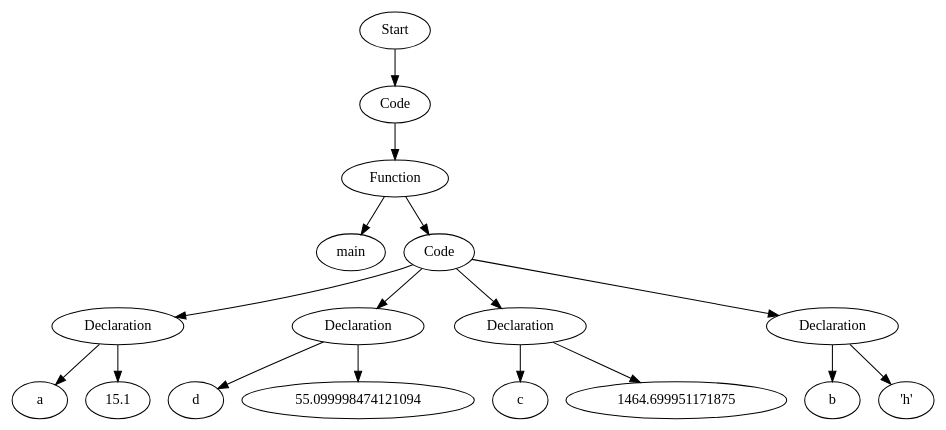
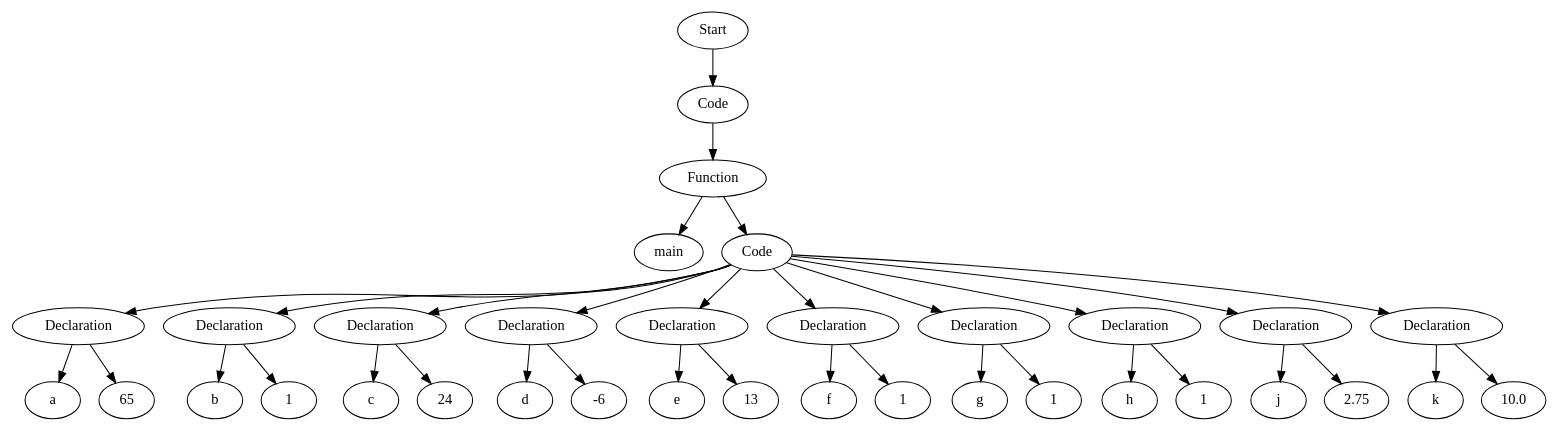
Before and after one commit to Are-you-listening/Compilers: the diagram in src/TestFiles/ASTTests/ConstantFoldingTests/CreateTests/read_file_after.dot, drawn with Graphviz. The commit also changed 18 other files, not shown here.

```diff
--- a/src/TestFiles/ASTTests/ConstantFoldingTests/CreateTests/read_file_after.dot
+++ b/src/TestFiles/ASTTests/ConstantFoldingTests/CreateTests/read_file_after.dot
@@ -1,35 +1,71 @@
 digraph AST {
-  "1595187320192" [label="Start"];
-  "1595187320192" -> "1595187321776";
-  "1595187321776" [label="Code"];
-  "1595187321776" -> "1595187321920";
-  "1595187321920" [label="Function"];
-  "1595187321920" -> "1595187322064";
-  "1595187321920" -> "1595187322112";
-  "1595187322064" [label="main"];
-  "1595187322112" [label="Code"];
-  "1595187322112" -> "1595187322256";
-  "1595187322112" -> "1595187322352";
-  "1595187322112" -> "1595187322544";
-  "1595187322112" -> "1595187322736";
-  "1595187322256" [label="Declaration"];
-  "1595187322256" -> "1595187322400";
-  "1595187322256" -> "1595187322448";
-  "1595187322400" [label="a"];
-  "1595187322448" [label="15.1"];
-  "1595187322352" [label="Declaration"];
-  "1595187322352" -> "1595187322592";
-  "1595187322352" -> "1595187322640";
-  "1595187322592" [label="d"];
-  "1595187322640" [label="55.099998474121094"];
-  "1595187322544" [label="Declaration"];
-  "1595187322544" -> "1595187322784";
-  "1595187322544" -> "1595187322832";
-  "1595187322784" [label="c"];
-  "1595187322832" [label="1464.699951171875"];
-  "1595187322736" [label="Declaration"];
-  "1595187322736" -> "1595187392672";
-  "1595187322736" -> "1595187392720";
-  "1595187392672" [label="b"];
-  "1595187392720" [label="'h'"];
+  "2791230642400" [label="Start"];
+  "2791230642400" -> "2791230634736";
+  "2791230634736" [label="Code"];
+  "2791230634736" -> "2791230634688";
+  "2791230634688" [label="Function"];
+  "2791230634688" -> "2791230634352";
+  "2791230634688" -> "2791230634400";
+  "2791230634352" [label="main"];
+  "2791230634400" [label="Code"];
+  "2791230634400" -> "2791230633968";
+  "2791230634400" -> "2791230633872";
+  "2791230634400" -> "2791230633584";
+  "2791230634400" -> "2791230632720";
+  "2791230634400" -> "2791230632480";
+  "2791230634400" -> "2791230632192";
+  "2791230634400" -> "2791230565440";
+  "2791230634400" -> "2791230563808";
+  "2791230634400" -> "2791230566256";
+  "2791230634400" -> "2791230565968";
+  "2791230633968" [label="Declaration"];
+  "2791230633968" -> "2791230633920";
+  "2791230633968" -> "2791230633680";
+  "2791230633920" [label="a"];
+  "2791230633680" [label="65"];
+  "2791230633872" [label="Declaration"];
+  "2791230633872" -> "2791230633632";
+  "2791230633872" -> "2791230633392";
+  "2791230633632" [label="b"];
+  "2791230633392" [label="1"];
+  "2791230633584" [label="Declaration"];
+  "2791230633584" -> "2791230632768";
+  "2791230633584" -> "2791230632576";
+  "2791230632768" [label="c"];
+  "2791230632576" [label="24"];
+  "2791230632720" [label="Declaration"];
+  "2791230632720" -> "2791230632528";
+  "2791230632720" -> "2791230632288";
+  "2791230632528" [label="d"];
+  "2791230632288" [label="-6"];
+  "2791230632480" [label="Declaration"];
+  "2791230632480" -> "2791230632240";
+  "2791230632480" -> "2791230632000";
+  "2791230632240" [label="e"];
+  "2791230632000" [label="13"];
+  "2791230632192" [label="Declaration"];
+  "2791230632192" -> "2791230565488";
+  "2791230632192" -> "2791230565536";
+  "2791230565488" [label="f"];
+  "2791230565536" [label="1"];
+  "2791230565440" [label="Declaration"];
+  "2791230565440" -> "2791230563856";
+  "2791230565440" -> "2791230562368";
+  "2791230563856" [label="g"];
+  "2791230562368" [label="1"];
+  "2791230563808" [label="Declaration"];
+  "2791230563808" -> "2791230566112";
+  "2791230563808" -> "2791230566160";
+  "2791230566112" [label="h"];
+  "2791230566160" [label="1"];
+  "2791230566256" [label="Declaration"];
+  "2791230566256" -> "2791230565248";
+  "2791230566256" -> "2791230565296";
+  "2791230565248" [label="j"];
+  "2791230565296" [label="2.75"];
+  "2791230565968" [label="Declaration"];
+  "2791230565968" -> "2791230565008";
+  "2791230565968" -> "2791230565056";
+  "2791230565008" [label="k"];
+  "2791230565056" [label="10.0"];
 }
```
